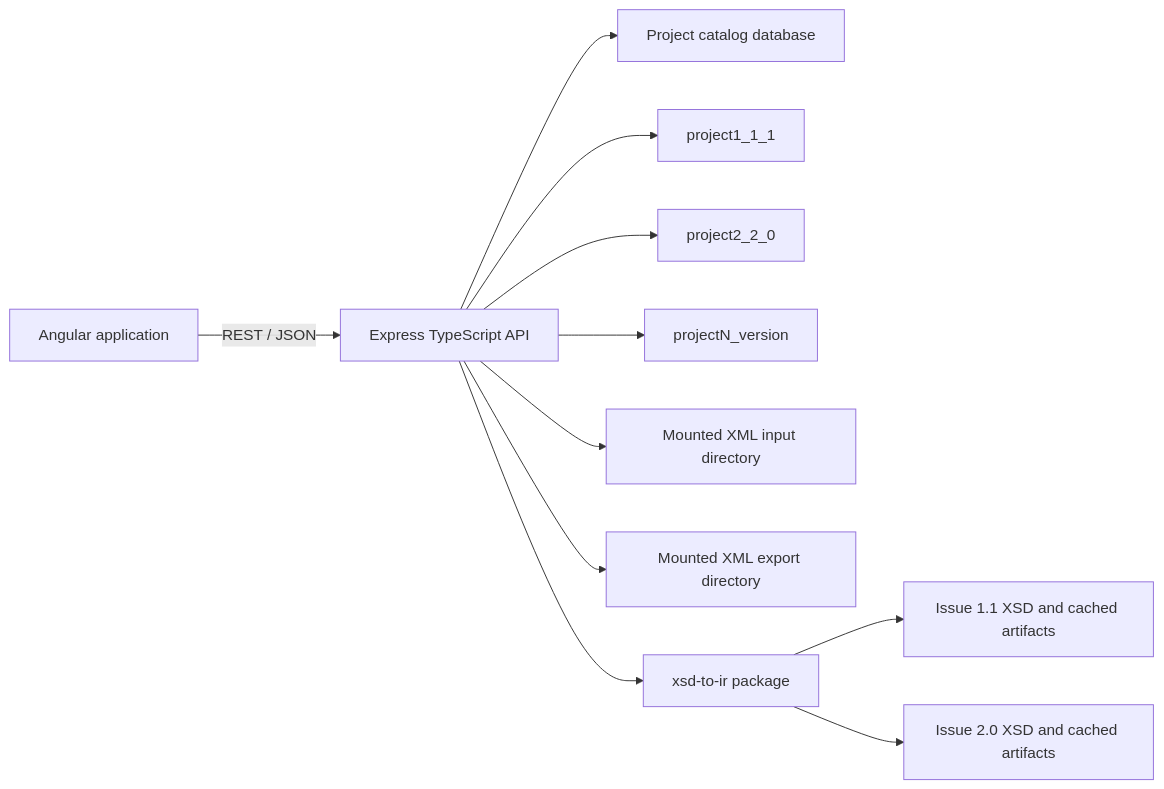
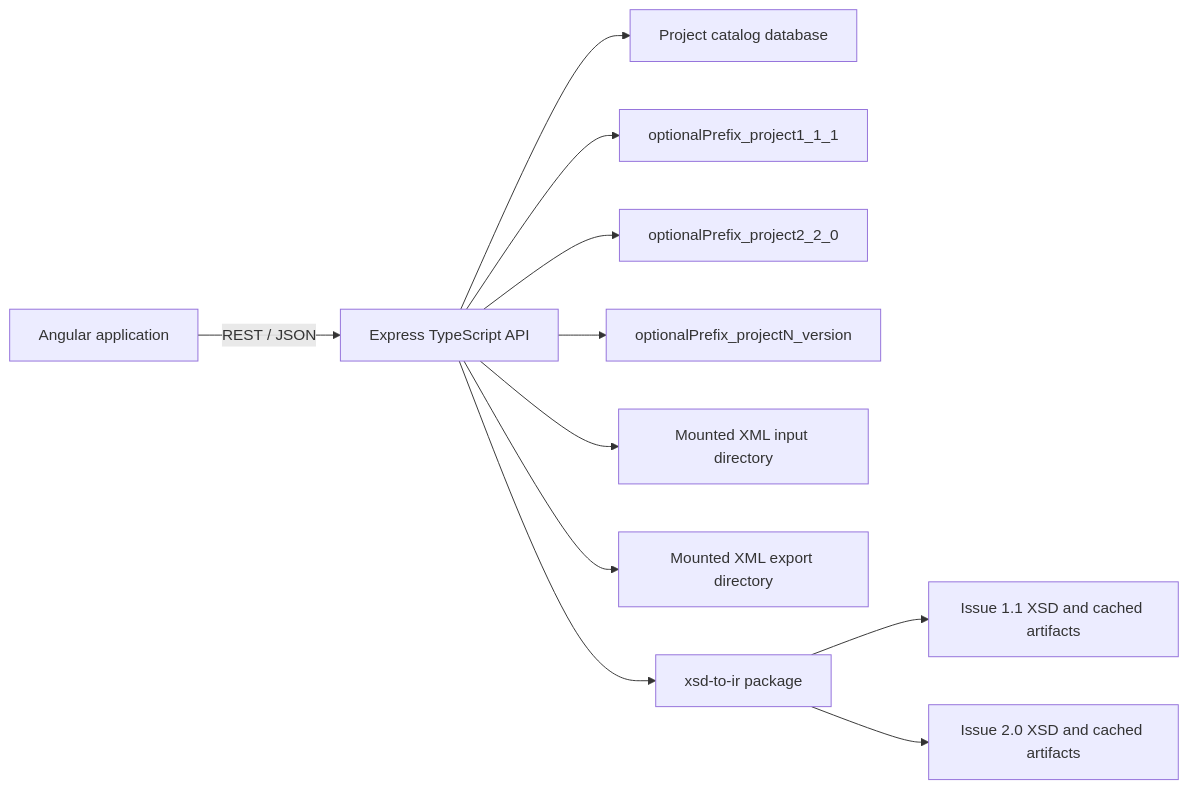
One commit to pabx06/xsd-to-ir changed the diagram in docs/s3000l-crud-application-plan.md. Above: the diagram before and after it, drawn with Mermaid. The commit also changed other lines of this file, not shown here.

````diff
--- a/docs/s3000l-crud-application-plan.md
+++ b/docs/s3000l-crud-application-plan.md
@@ -55,13 +55,13 @@
 ```mermaid
 flowchart LR
     A[Angular application] -->|REST / JSON| B[Express TypeScript API]
     B --> C[Project catalog database]
-    B --> D1[project1_1_1]
-    B --> D2[project2_2_0]
-    B --> DN[projectN_version]
+    B --> D1[optionalPrefix_project1_1_1]
+    B --> D2[optionalPrefix_project2_2_0]
+    B --> DN[optionalPrefix_projectN_version]
     B --> E[Mounted XML input directory]
     B --> F[Mounted XML export directory]
     B --> G[xsd-to-ir package]
     G --> H[Issue 1.1 XSD and cached artifacts]
     G --> I[Issue 2.0 XSD and cached artifacts]
 ```
````
